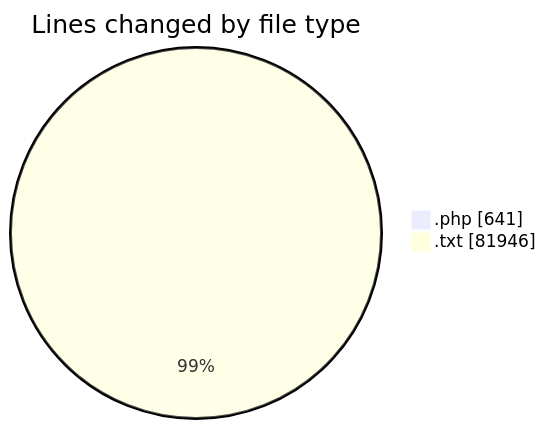
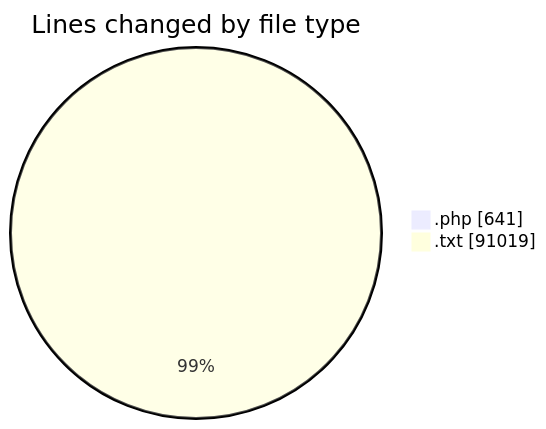
One commit to LanceThiago/code-tracking changed the first of 2 diagrams in 2026-02-09/enviarfacturas/README.md. Above: the diagram before and after it, drawn with Mermaid. The commit also changed other lines of this file and 1 other file, not shown here.

````diff
--- a/2026-02-09/enviarfacturas/README.md
+++ b/2026-02-09/enviarfacturas/README.md
@@ -22,6 +22,6 @@
 ```mermaid
 pie showData
 title Lines changed by file type
 ".php" : 641
-".txt" : 81946
+".txt" : 91019
 ```
````
